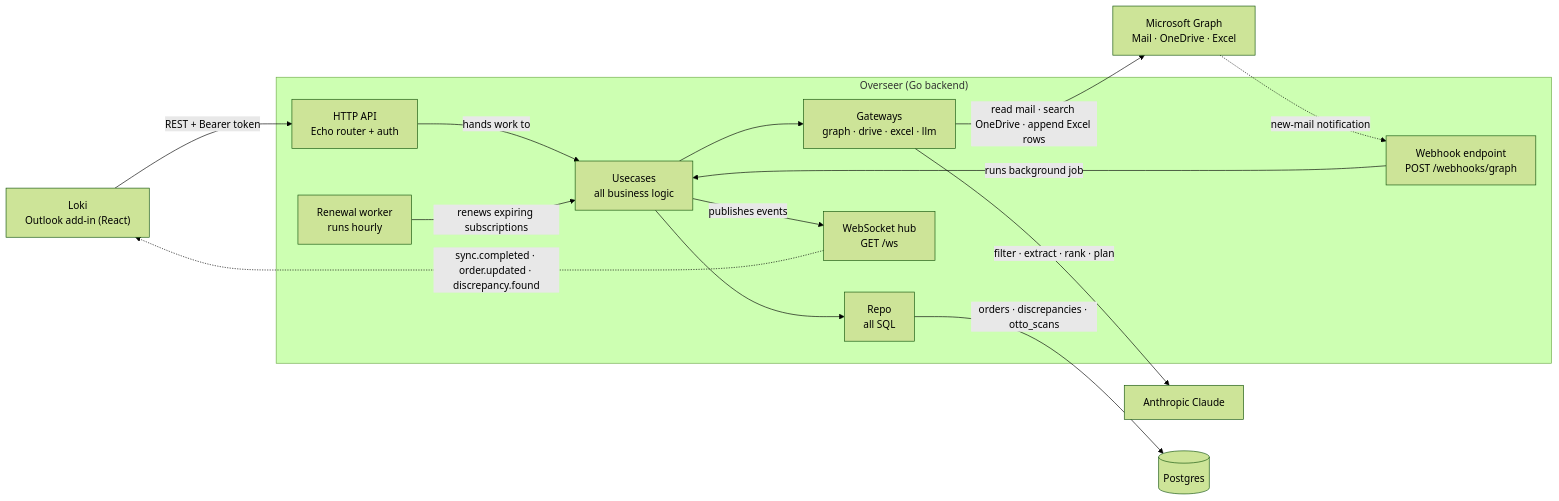
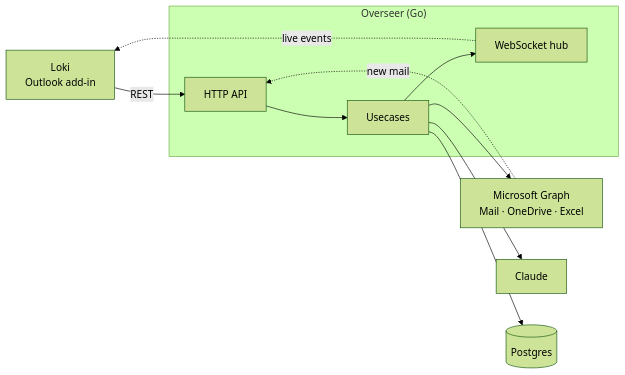
The first of 2 diagrams in README.md (cabrerajulian401/Overseer-ThirdEye), drawn with Mermaid (forest theme) before and after one commit. The commit also changed other lines of this file, not shown here.

Commit message:
docs: condense architecture diagram — 6 nodes, short labels

````diff
--- a/README.md
+++ b/README.md
@@ -15,31 +15,23 @@
 ```mermaid
 flowchart LR
-    Loki["Loki<br/>Outlook add-in (React)"]
+    Loki["Loki<br/>Outlook add-in"]
 
-    subgraph Overseer["Overseer (Go backend)"]
-        HTTP["HTTP API<br/>Echo router + auth"]
-        WH["Webhook endpoint<br/>POST /webhooks/graph"]
-        W["Renewal worker<br/>runs hourly"]
-        UC["Usecases<br/>all business logic"]
-        GW["Gateways<br/>graph · drive · excel · llm"]
-        REPO["Repo<br/>all SQL"]
-        WS["WebSocket hub<br/>GET /ws"]
+    subgraph Overseer["Overseer (Go)"]
+        HTTP["HTTP API"]
+        UC["Usecases"]
+        WS["WebSocket hub"]
     end
 
     MSG["Microsoft Graph<br/>Mail · OneDrive · Excel"]
-    CLAUDE["Anthropic Claude"]
+    CLAUDE["Claude"]
     PG[("Postgres")]
 
-    Loki -->|"REST + Bearer token"| HTTP
-    HTTP -->|"hands work to"| UC
-    MSG -.->|"new-mail notification"| WH
-    WH -->|"runs background job"| UC
-    W -->|"renews expiring subscriptions"| UC
-    UC --> GW
-    GW -->|"read mail · search OneDrive · append Excel rows"| MSG
-    GW -->|"filter · extract · rank · plan"| CLAUDE
-    UC --> REPO
-    REPO -->|"orders · discrepancies · otto_scans"| PG
-    UC -->|"publishes events"| WS
-    WS -.->|"sync.completed · order.updated · discrepancy.found"| Loki
+    Loki -->|"REST"| HTTP
+    HTTP --> UC
+    UC --> MSG
+    UC --> CLAUDE
+    UC --> PG
+    UC --> WS
+    WS -.->|"live events"| Loki
+    MSG -.->|"new mail"| HTTP
 ```
````
